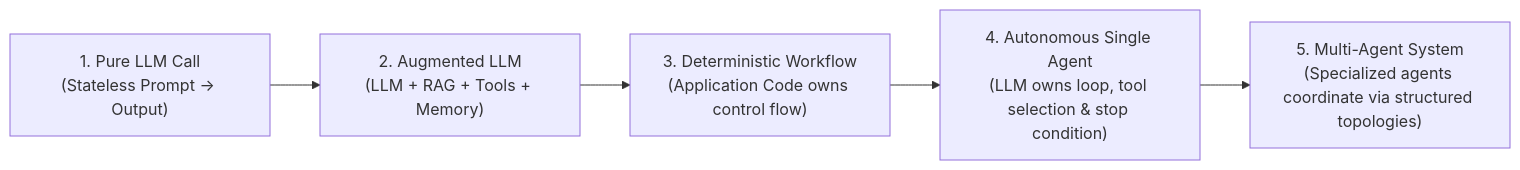
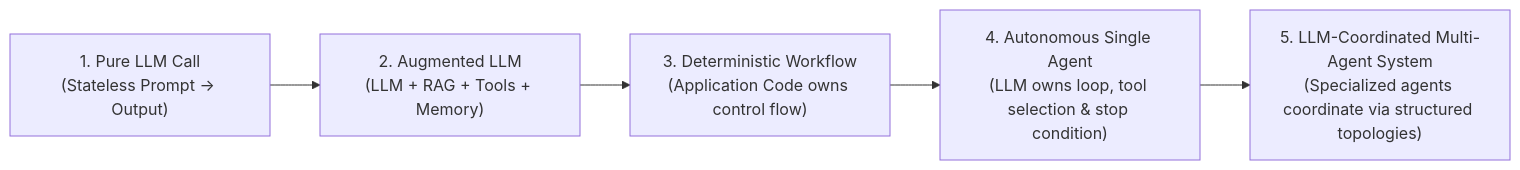
The first of 3 diagrams in README.md (Rajdipc/agentic-ai-orchestration-patterns), drawn with Mermaid before and after one commit. The commit also changed other lines of this file and 18 other files, not shown here.

````diff
--- a/README.md
+++ b/README.md
@@ -75,7 +79,7 @@
 ```mermaid
 flowchart LR
-    S1["1. Pure LLM Call\n(Stateless Prompt -> Output)"] --> S2["2. Augmented LLM\n(LLM + RAG + Tools + Memory)"]
-    S2 --> S3["3. Deterministic Workflow\n(Application Code owns control flow)"]
-    S3 --> S4["4. Autonomous Single Agent\n(LLM owns loop, tool selection & stop condition)"]
-    S4 --> S5["5. Multi-Agent System\n(Specialized agents coordinate via structured topologies)"]
+    S1["1. Pure LLM Call<br/>(Stateless Prompt -> Output)"] --> S2["2. Augmented LLM<br/>(LLM + RAG + Tools + Memory)"]
+    S2 --> S3["3. Deterministic Workflow<br/>(Application Code owns control flow)"]
+    S3 --> S4["4. Autonomous Single Agent<br/>(LLM owns loop, tool selection & stop condition)"]
+    S4 --> S5["5. LLM-Coordinated Multi-Agent System<br/>(Specialized agents coordinate via structured topologies)"]
 ```
````
